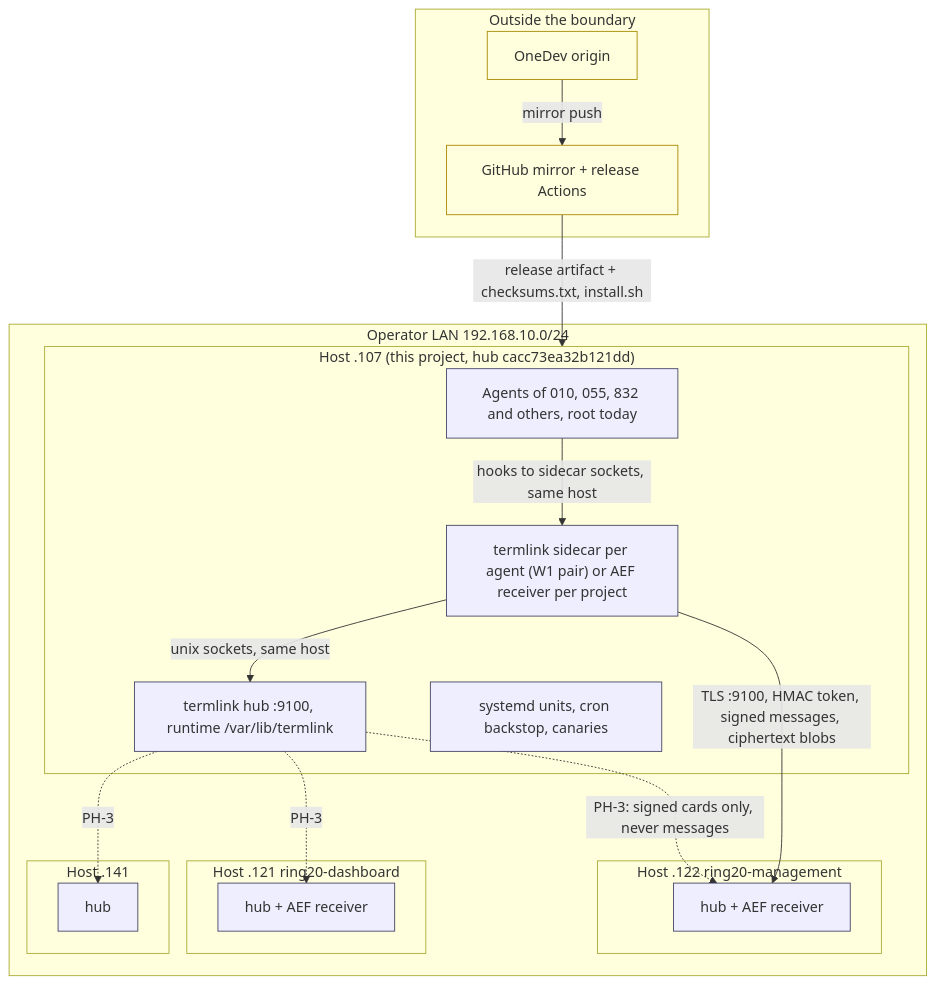
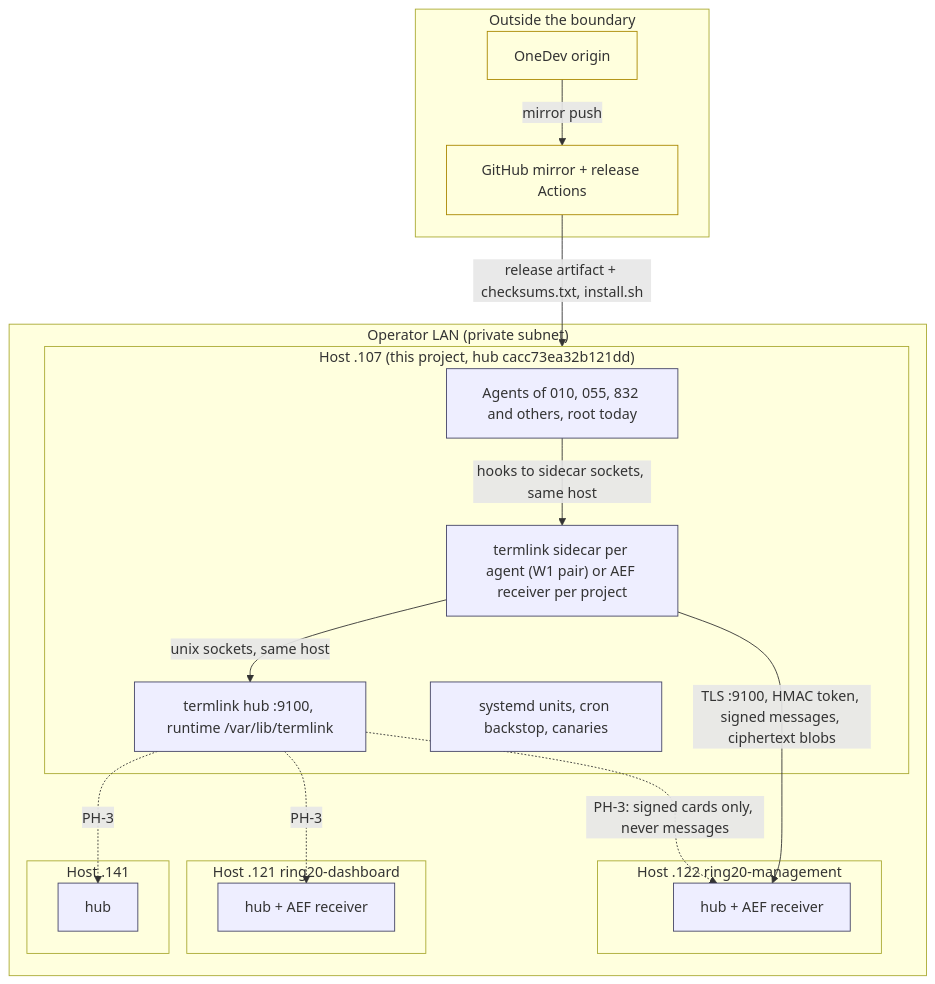
One commit to DimitriGeelen/termlink changed the second of 5 diagrams in docs/design/interactive-agent-communication-04-architecture.md. Above: the diagram before and after it, drawn with Mermaid. The commit also changed other lines of this file and 3 other files, not shown here.

````diff
--- a/docs/design/interactive-agent-communication-04-architecture.md
+++ b/docs/design/interactive-agent-communication-04-architecture.md
@@ -304,34 +305,34 @@
 ```mermaid
 flowchart TB
   classDef host fill:#eef,stroke:#446
   classDef wire fill:#ffd,stroke:#a80
-  subgraph LAN["Operator LAN 192.168.10.0/24"]
+  subgraph LAN["Operator LAN (private subnet)"]
     subgraph H107["Host .107 (this project, hub cacc73ea32b121dd)"]
       A107["Agents of 010, 055, 832 and others, root today"]:::host
       S107["termlink sidecar per agent (W1 pair) or AEF receiver per project"]:::host
       HUB107["termlink hub :9100, runtime /var/lib/termlink"]:::host
       CRON107["systemd units, cron backstop, canaries"]:::host
     end
     subgraph H122["Host .122 ring20-management"]
       HUB122["hub + AEF receiver"]:::host
     end
     subgraph H121["Host .121 ring20-dashboard"]
       HUB121["hub + AEF receiver"]:::host
     end
     subgraph H141["Host .141"]
       HUB141["hub"]:::host
     end
   end
   subgraph EXT["Outside the boundary"]
     ONEDEV["OneDev origin"]:::wire
     GH["GitHub mirror + release Actions"]:::wire
   end
   S107 -->|"unix sockets, same host"| HUB107
   A107 -->|"hooks to sidecar sockets, same host"| S107
   S107 -->|"TLS :9100, HMAC token, signed messages, ciphertext blobs"| HUB122
   HUB107 -.->|"PH-3: signed cards only, never messages"| HUB122
   HUB107 -.->|"PH-3"| HUB121
   HUB107 -.->|"PH-3"| HUB141
   ONEDEV -->|"mirror push"| GH
   GH -->|"release artifact + checksums.txt, install.sh"| H107
 ```
````
